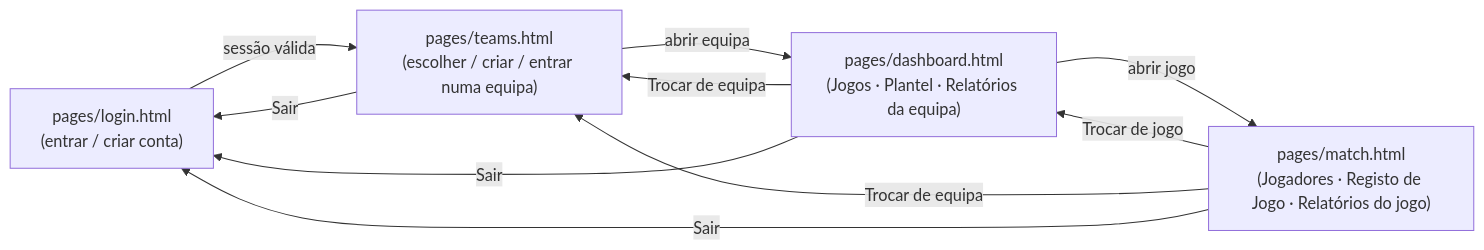
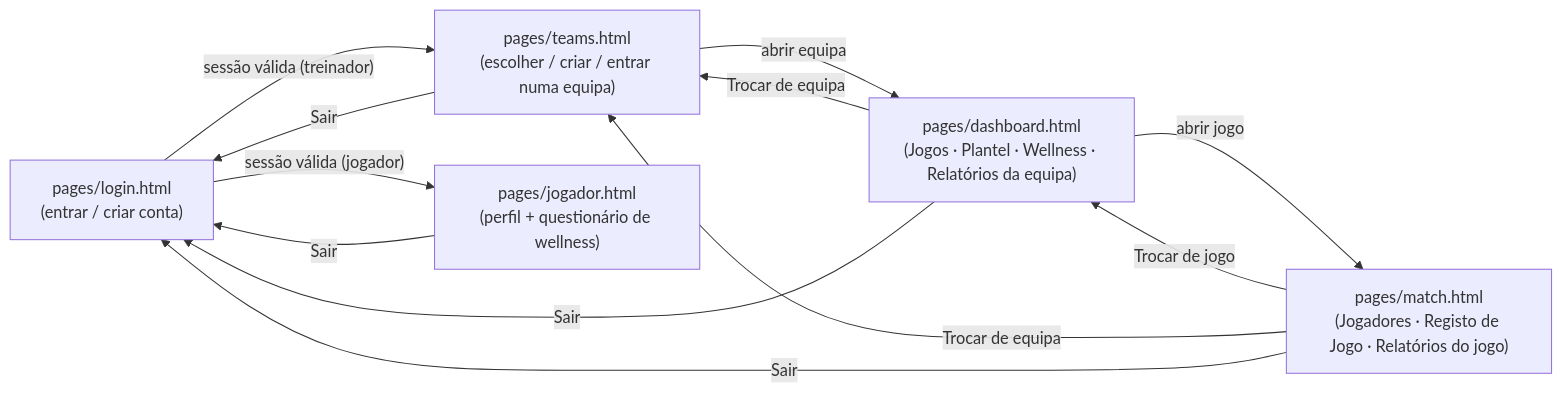
The diagram in docs/architecture.md (joaoaraujo144-star/analise_tatica_jogo), drawn with Mermaid before and after one commit. The commit also changed other lines of this file and 12 other files, not shown here.

First line of the commit message:
Questionário de wellness diário para jogadores, com login próprio

````diff
--- a/docs/architecture.md
+++ b/docs/architecture.md
@@ -41,17 +45,20 @@
 ```mermaid
 flowchart LR
   L["pages/login.html<br/>(entrar / criar conta)"]
   T["pages/teams.html<br/>(escolher / criar / entrar numa equipa)"]
-  D["pages/dashboard.html<br/>(Jogos · Plantel · Relatórios da equipa)"]
+  D["pages/dashboard.html<br/>(Jogos · Plantel · Wellness · Relatórios da equipa)"]
   M["pages/match.html<br/>(Jogadores · Registo de Jogo · Relatórios do jogo)"]
+  J["pages/jogador.html<br/>(perfil + questionário de wellness)"]
 
-  L -->|sessão válida| T
+  L -->|"sessão válida (treinador)"| T
+  L -->|"sessão válida (jogador)"| J
   T -->|abrir equipa| D
   D -->|abrir jogo| M
   M -->|"Trocar de jogo"| D
   D -->|"Trocar de equipa"| T
   M -->|"Trocar de equipa"| T
   T -->|"Sair"| L
   D -->|"Sair"| L
   M -->|"Sair"| L
+  J -->|"Sair"| L
 ```
````
